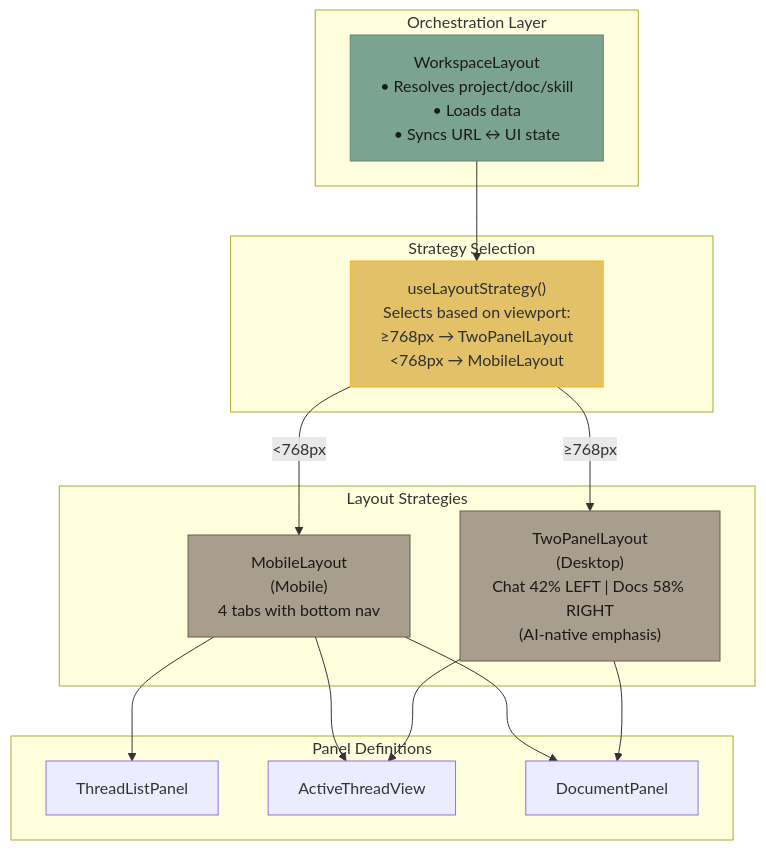
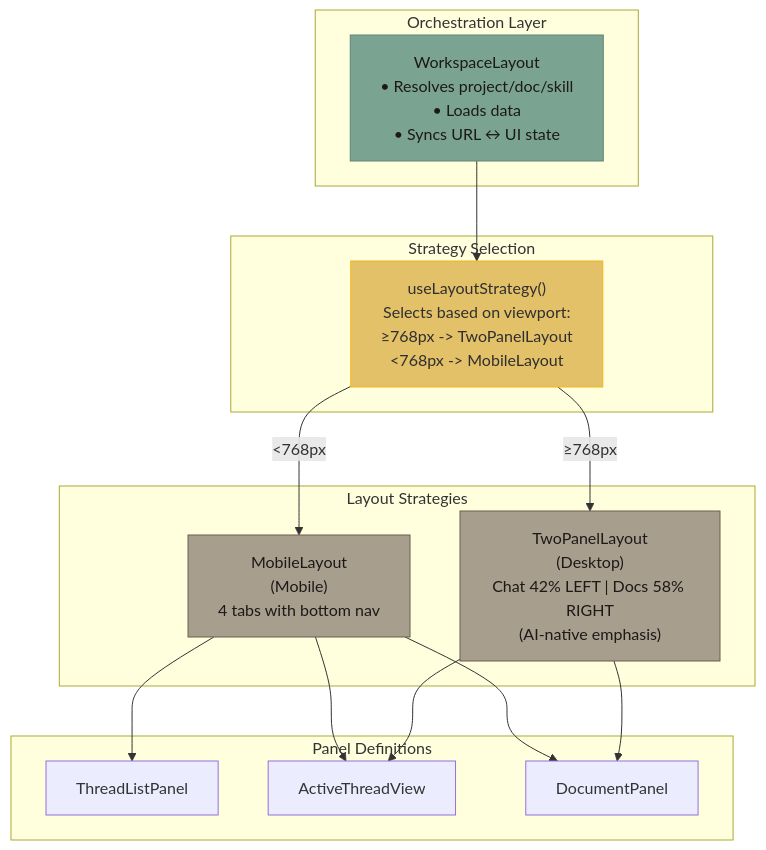
Before and after one commit to haowjy/meridian-flow: the third of 4 diagrams in _docs/technical/frontend/architecture/layout-system.md, drawn with Mermaid. The commit also changed other lines of this file and 132 other files, not shown here.

````diff
--- a/_docs/technical/frontend/architecture/layout-system.md
+++ b/_docs/technical/frontend/architecture/layout-system.md
@@ -110,38 +110,38 @@
 ```mermaid
 graph TB
     subgraph "Orchestration Layer"
         WL["WorkspaceLayout<br/>• Resolves project/doc/skill<br/>• Loads data<br/>• Syncs URL ↔ UI state"]
     end
 
     subgraph "Strategy Selection"
-        Strategy["useLayoutStrategy()<br/>Selects based on viewport:<br/>≥768px → TwoPanelLayout<br/><768px → MobileLayout"]
+        Strategy["useLayoutStrategy()<br/>Selects based on viewport:<br/>≥768px -> TwoPanelLayout<br/><768px -> MobileLayout"]
     end
 
     subgraph "Layout Strategies"
         Desktop["TwoPanelLayout<br/>(Desktop)<br/>Chat 42% LEFT | Docs 58% RIGHT<br/>(AI-native emphasis)"]
         Mobile["MobileLayout<br/>(Mobile)<br/>4 tabs with bottom nav"]
     end
 
     subgraph "Panel Definitions"
         ThreadList["ThreadListPanel"]
         ActiveThread["ActiveThreadView"]
         DocPanel["DocumentPanel"]
     end
 
     WL --> Strategy
     Strategy -->|≥768px| Desktop
     Strategy -->|<768px| Mobile
     Desktop --> ActiveThread
     Desktop --> DocPanel
     Mobile --> ThreadList
     Mobile --> ActiveThread
     Mobile --> DocPanel
 
     classDef orchestrator fill:#7BA391,stroke:#5F8575,color:#1C1917
     classDef strategy fill:#E3C169,stroke:#F4B41A,color:#2f2f2f
     classDef layout fill:#A89E8E,stroke:#6B5D4D,color:#1C1917
 
     class WL orchestrator
     class Strategy strategy
     class Desktop,Mobile layout
 ```
````
